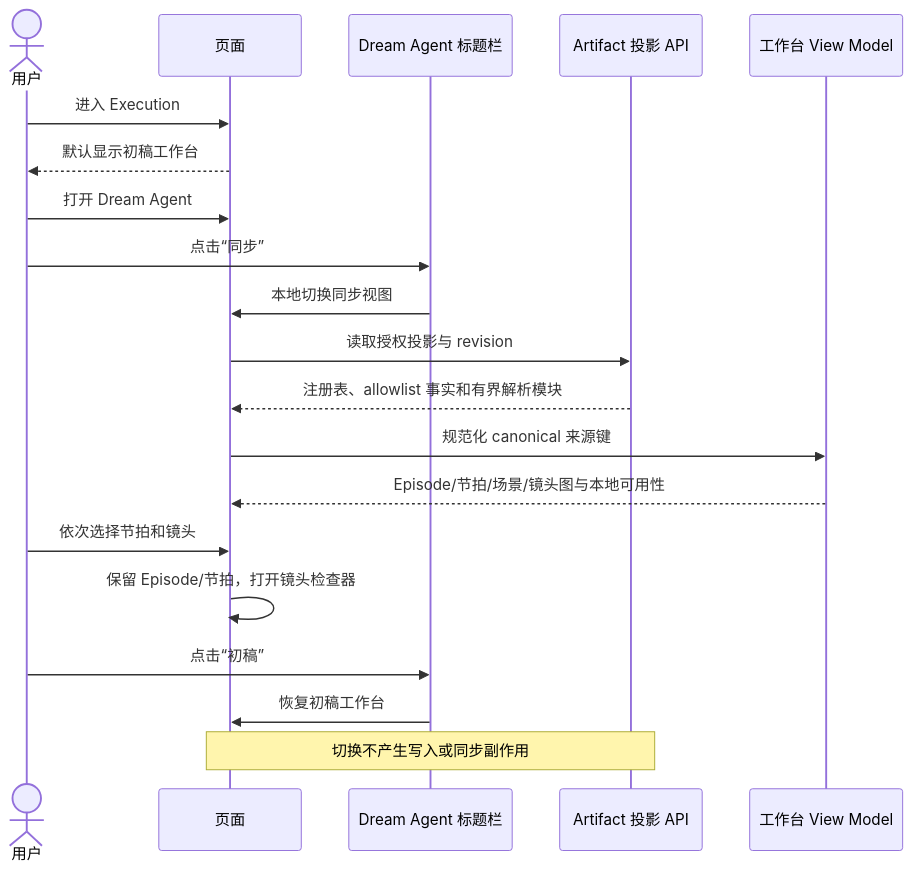
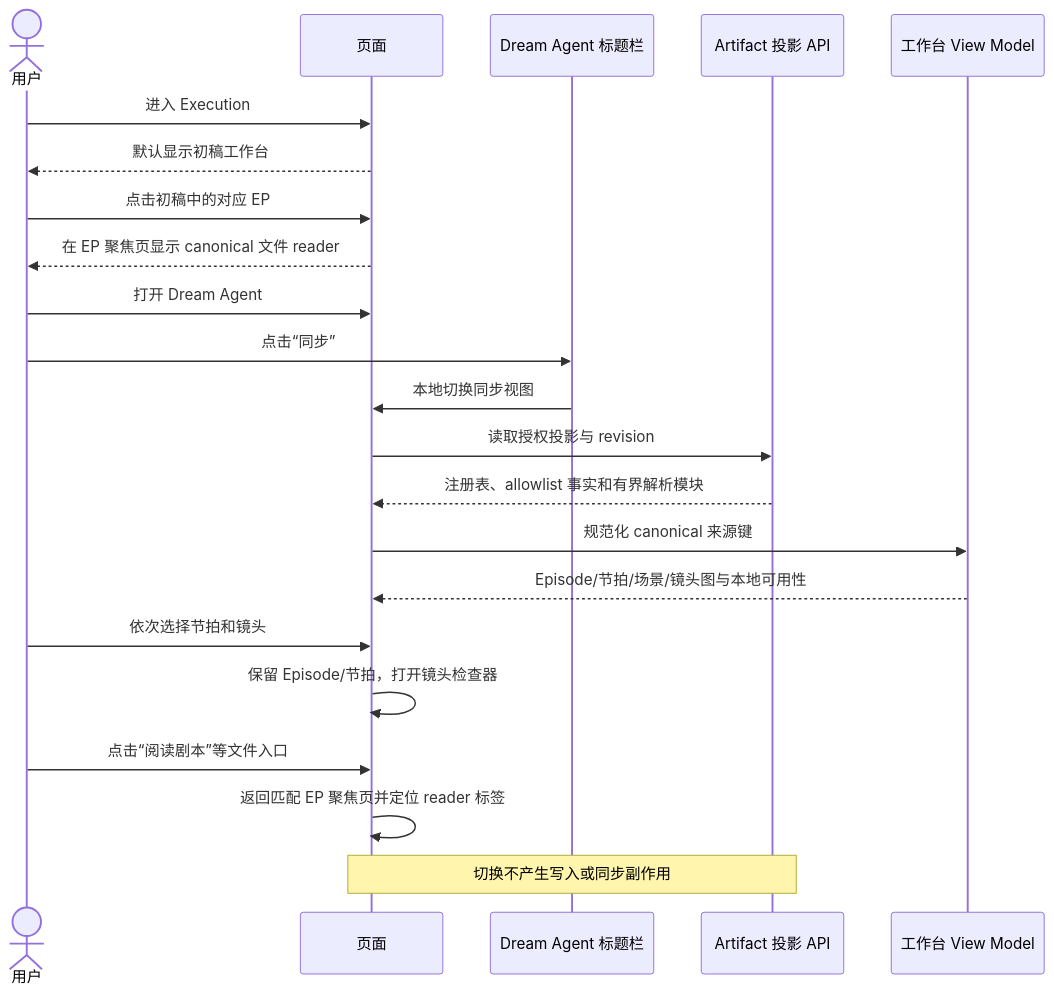
The diagram in docs/design/story-workspace/project-and-episode-workbench.md (glide-the/im-dream), drawn with Mermaid before and after one commit. The commit also changed other lines of this file and 13 other files, not shown here.

````diff
--- a/docs/design/story-workspace/project-and-episode-workbench.md
+++ b/docs/design/story-workspace/project-and-episode-workbench.md
@@ -39,23 +47,25 @@
 ```mermaid
 sequenceDiagram
     actor U as 用户
     participant P as 页面
     participant D as Dream Agent 标题栏
     participant API as Artifact 投影 API
     participant VM as 工作台 View Model
 
     U->>P: 进入 Execution
     P-->>U: 默认显示初稿工作台
+    U->>P: 点击初稿中的对应 EP
+    P-->>U: 在 EP 聚焦页显示 canonical 文件 reader
     U->>P: 打开 Dream Agent
     U->>D: 点击“同步”
     D->>P: 本地切换同步视图
     P->>API: 读取授权投影与 revision
     API-->>P: 注册表、allowlist 事实和有界解析模块
     P->>VM: 规范化 canonical 来源键
     VM-->>P: Episode/节拍/场景/镜头图与本地可用性
     U->>P: 依次选择节拍和镜头
     P->>P: 保留 Episode/节拍，打开镜头检查器
-    U->>D: 点击“初稿”
-    D->>P: 恢复初稿工作台
+    U->>P: 点击“阅读剧本”等文件入口
+    P->>P: 返回匹配 EP 聚焦页并定位 reader 标签
     Note over P,API: 切换不产生写入或同步副作用
 ```
````
